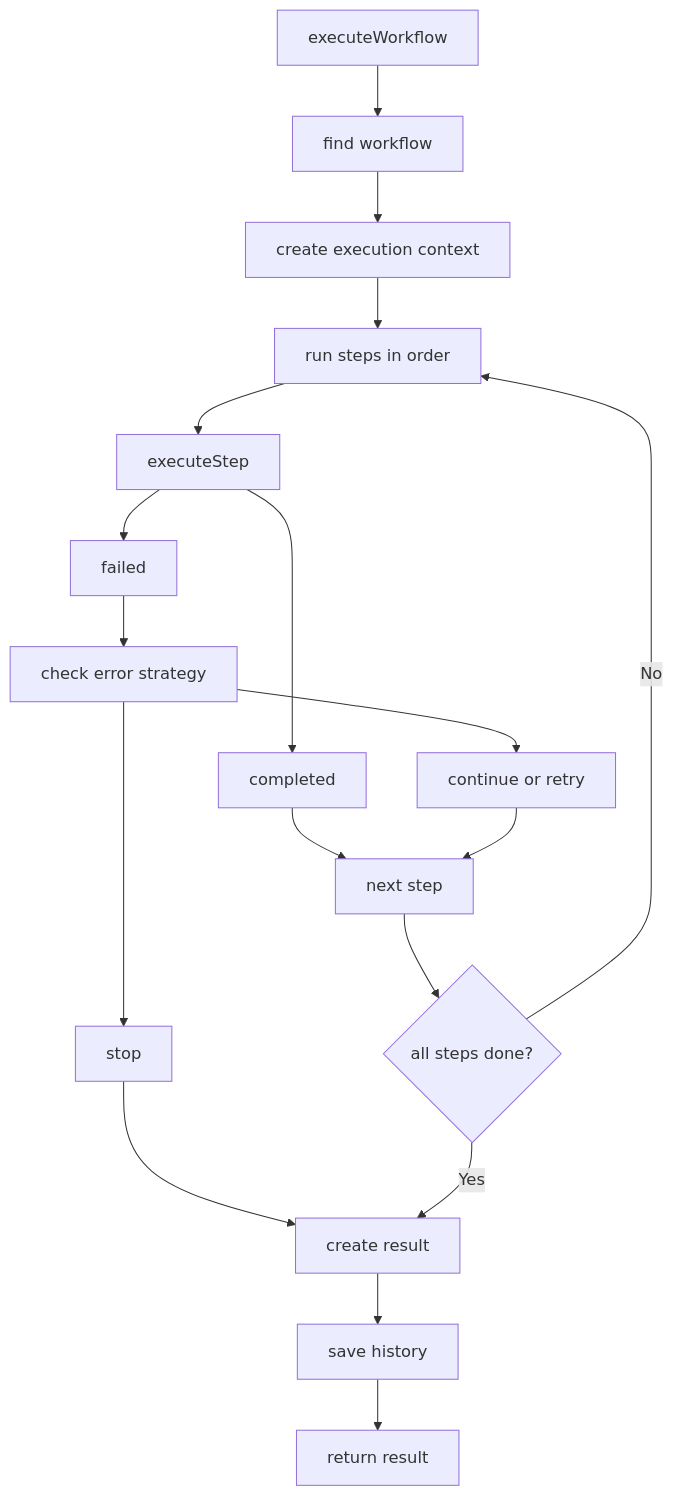
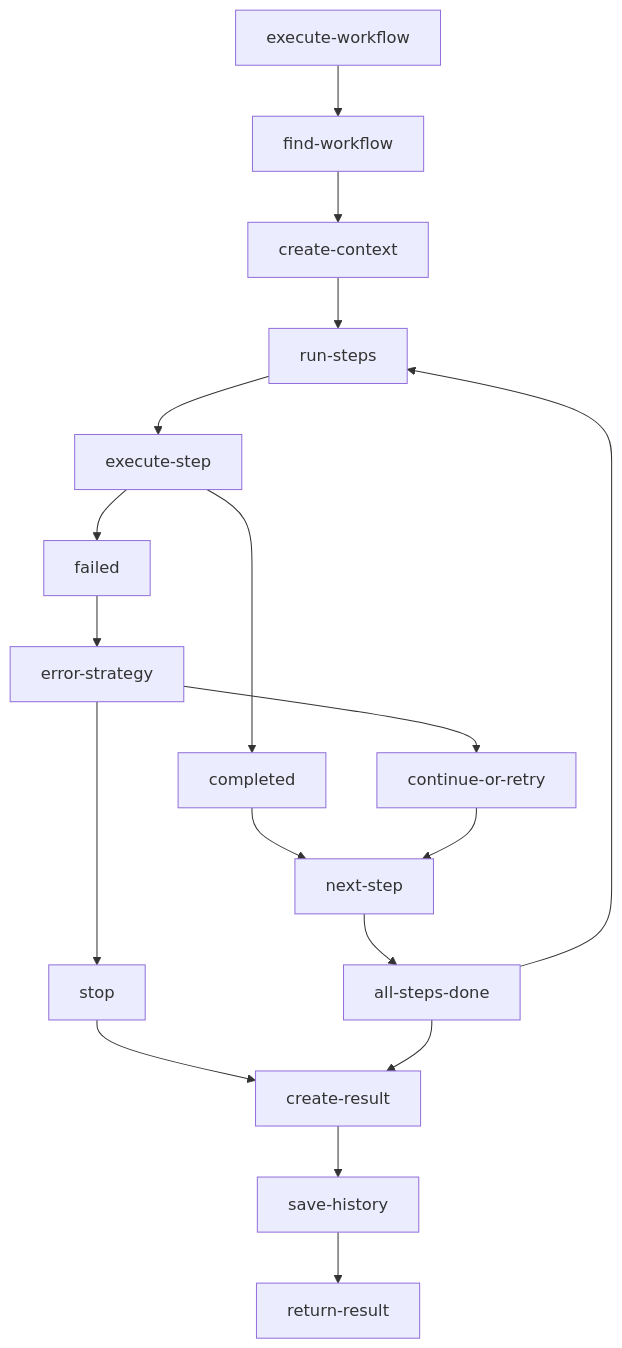
The sixth of 8 diagrams in 프로그램 흐름도.md (pandol69kim-bot/gitautopipe), drawn with Mermaid before and after one commit. The commit also changed other lines of this file and 1 other file, not shown here.

Commit message:
feat: Update project diagrams to improve Mermaid compatibility and clarity

````diff
--- a/프로그램 흐름도.md
+++ b/프로그램 흐름도.md
@@ -130,23 +164,35 @@
 ```mermaid
-flowchart TB
-  Execute["executeWorkflow"] --> Find["find workflow"]
-  Find --> Context["create execution context"]
-  Context --> Loop["run steps in order"]
-
-  Loop --> Step["executeStep"]
-  Step --> Success["completed"]
-  Step --> Failure["failed"]
-
-  Failure --> Policy["check error strategy"]
-  Policy --> Continue["continue or retry"]
-  Policy --> Stop["stop"]
-
-  Success --> Next["next step"]
-  Continue --> Next
-  Stop --> Result["create result"]
-  Next --> DoneCheck{"all steps done?"}
-  DoneCheck -->|No| Loop
-  DoneCheck -->|Yes| Result
-  Result --> History["save history"]
-  History --> Return["return result"]
+graph TD
+Execute[execute-workflow]
+Find[find-workflow]
+Context[create-context]
+Loop[run-steps]
+Step[execute-step]
+Success[completed]
+Failure[failed]
+Policy[error-strategy]
+Continue[continue-or-retry]
+Stop[stop]
+Next[next-step]
+Check[all-steps-done]
+Result[create-result]
+History[save-history]
+Return[return-result]
+Execute --> Find
+Find --> Context
+Context --> Loop
+Loop --> Step
+Step --> Success
+Step --> Failure
+Failure --> Policy
+Policy --> Continue
+Policy --> Stop
+Success --> Next
+Continue --> Next
+Stop --> Result
+Next --> Check
+Check --> Loop
+Check --> Result
+Result --> History
+History --> Return
 ```
````
